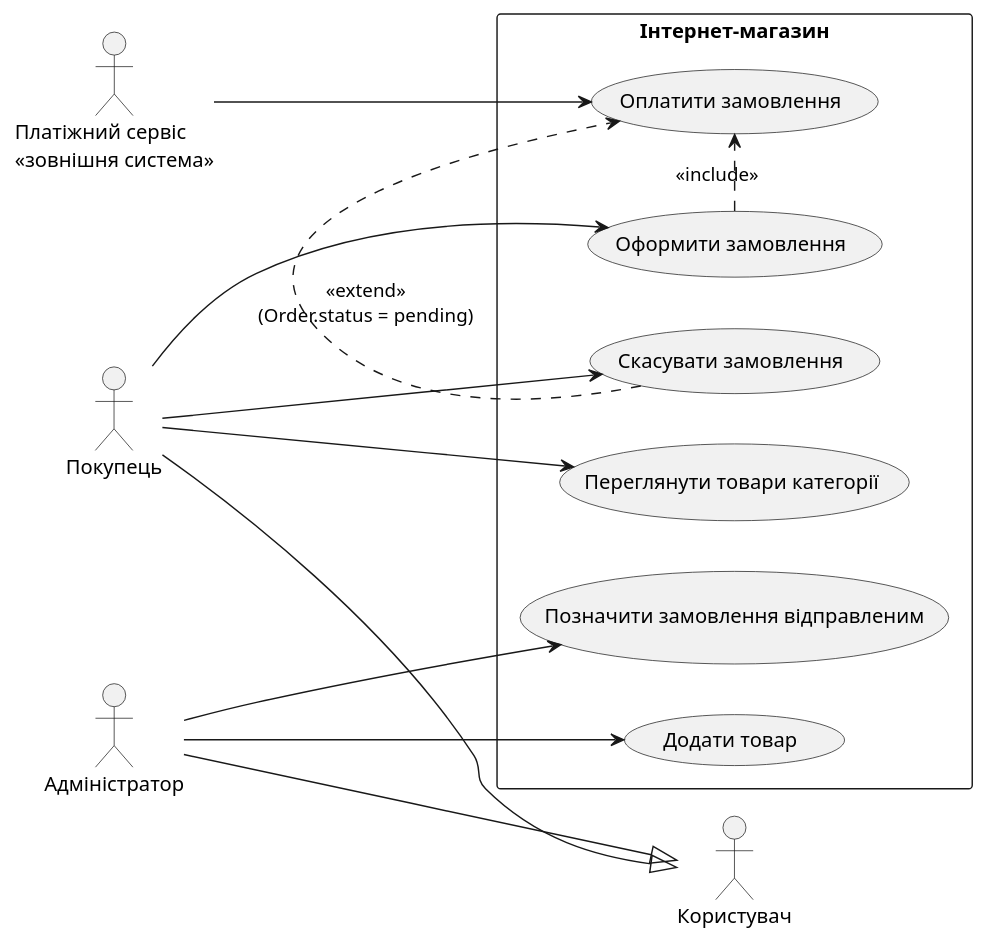
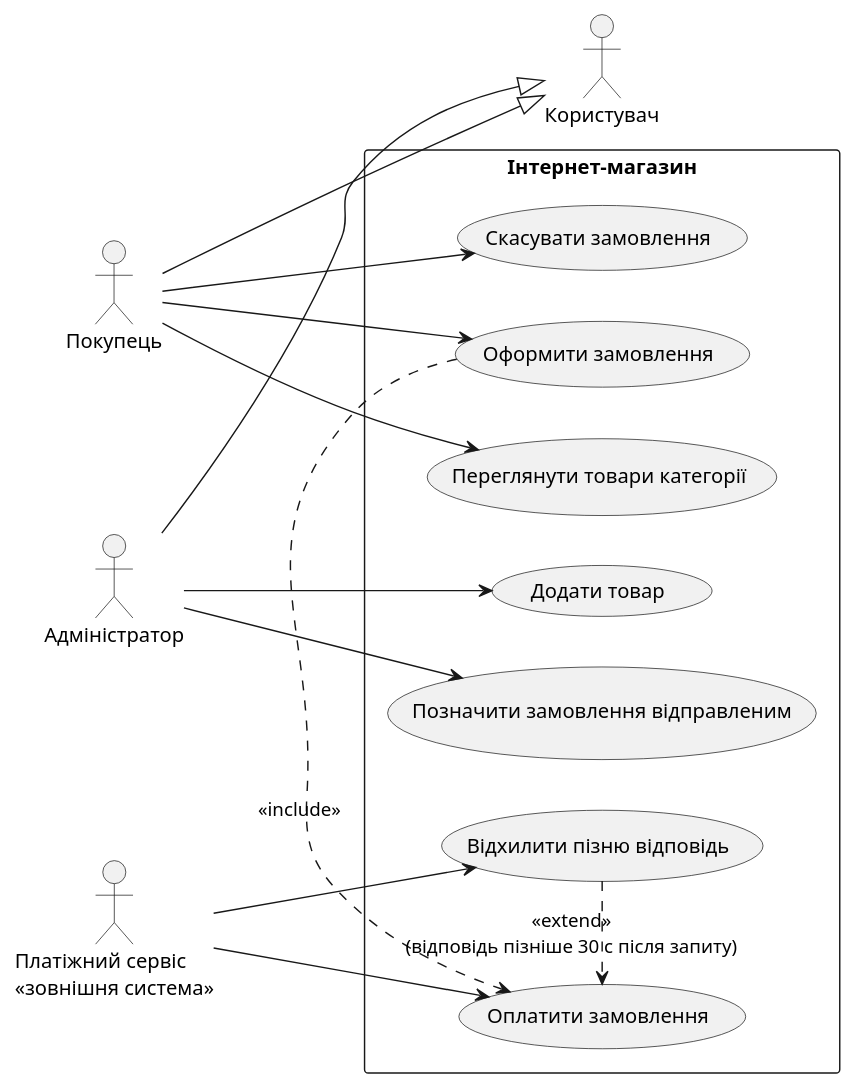
One commit to linamalina238/kpilab changed the diagram in lab2/usecase-diagram.puml. Above: the diagram before and after it, drawn with PlantUML. The commit also changed 2 other files, not shown here.

Commit message:
cancel order as separate UC, extend for late response (criterion 10)

```diff
--- a/lab2/usecase-diagram.puml
+++ b/lab2/usecase-diagram.puml
@@ -1,28 +1,32 @@
+@startuml
 left to right direction
 
 actor "Користувач" as User
 actor "Покупець" as Buyer
 actor "Адміністратор" as Admin
 actor "Платіжний сервіс\n<<зовнішня система>>" as Pay
 
 Buyer --|> User
 Admin --|> User
 
 rectangle "Інтернет-магазин" {
   usecase "Переглянути товари категорії" as UC01
   usecase "Оформити замовлення" as UC02
   usecase "Оплатити замовлення" as UC03
   usecase "Скасувати замовлення" as UC04
   usecase "Позначити замовлення відправленим" as UC05
   usecase "Додати товар" as UC06
+  usecase "Відхилити пізню відповідь" as UC07
 }
 
 Buyer --> UC01
 Buyer --> UC02
 Buyer --> UC04
 Admin --> UC05
 Admin --> UC06
 Pay --> UC03
+Pay --> UC07
 
 UC02 .> UC03 : <<include>>
-UC04 .> UC03 : <<extend>>\n(Order.status = pending)
+UC07 .> UC03 : <<extend>>\n(відповідь пізніше 30 с після запиту)
+@enduml
```
